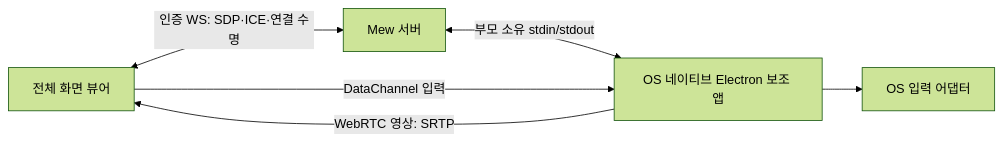
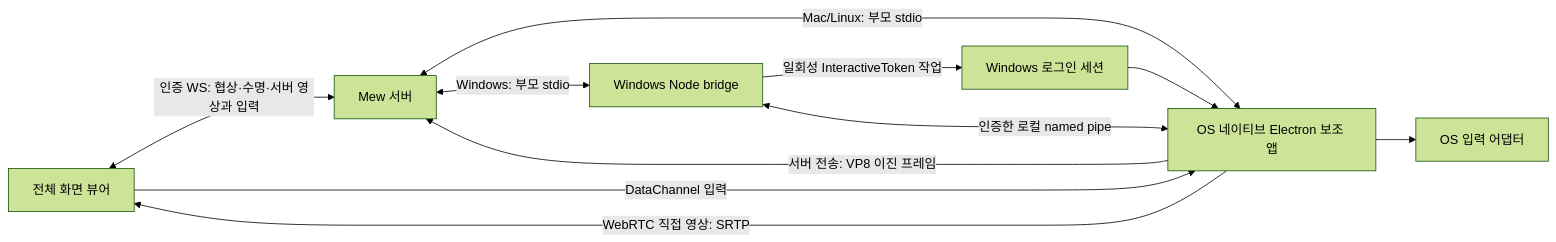
Before and after one commit to liiiiv-life/mew: the diagram in docs/development/remote-desktop.md, drawn with Mermaid (forest theme). The commit also changed other lines of this file and 48 other files, not shown here.

````diff
--- a/docs/development/remote-desktop.md
+++ b/docs/development/remote-desktop.md
@@ -15,8 +15,13 @@
 ```mermaid
 flowchart LR
-  V[전체 화면 뷰어] <-->|인증 WS: SDP·ICE·연결 수명| M[Mew 서버]
-  M <-->|부모 소유 stdin/stdout| H[OS 네이티브 Electron 보조 앱]
-  H -->|WebRTC 영상: SRTP| V
+  V[전체 화면 뷰어] <-->|인증 WS: 협상·수명·서버 영상과 입력| M[Mew 서버]
+  M <-->|Mac/Linux: 부모 stdio| H[OS 네이티브 Electron 보조 앱]
+  M <-->|Windows: 부모 stdio| B[Windows Node bridge]
+  B -->|일회성 InteractiveToken 작업| T[Windows 로그인 세션]
+  T --> H
+  B <-->|인증한 로컬 named pipe| H
+  H -->|WebRTC 직접 영상: SRTP| V
+  H -->|서버 전송: VP8 이진 프레임| M
   V -->|DataChannel 입력| H
   H --> I[OS 입력 어댑터]
 ```
````
